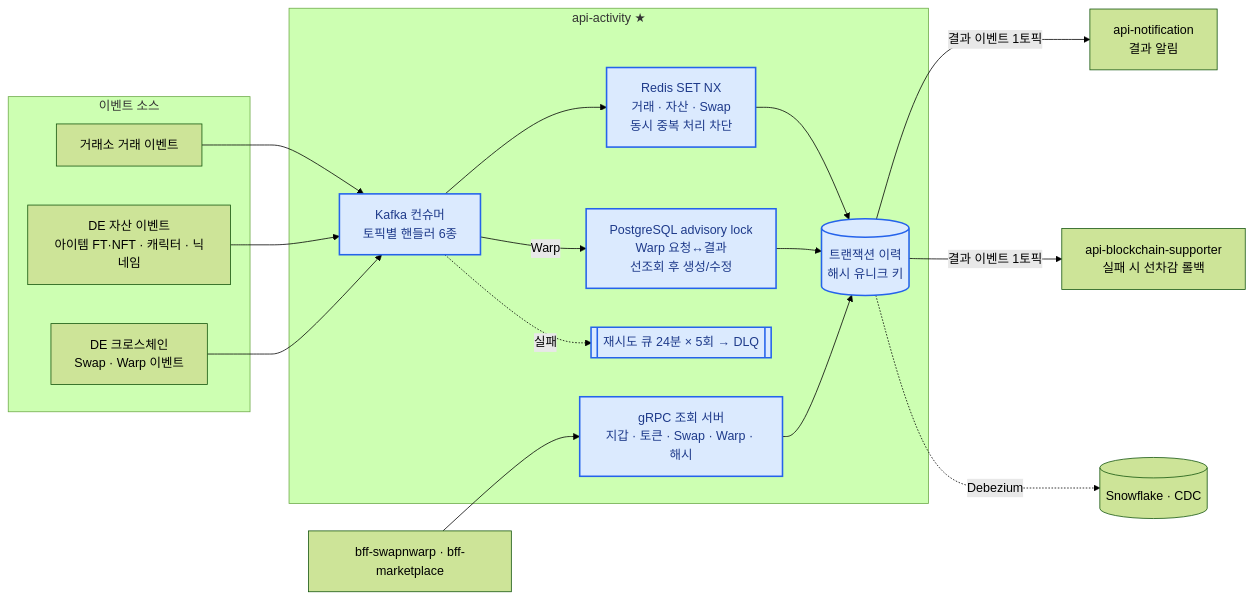
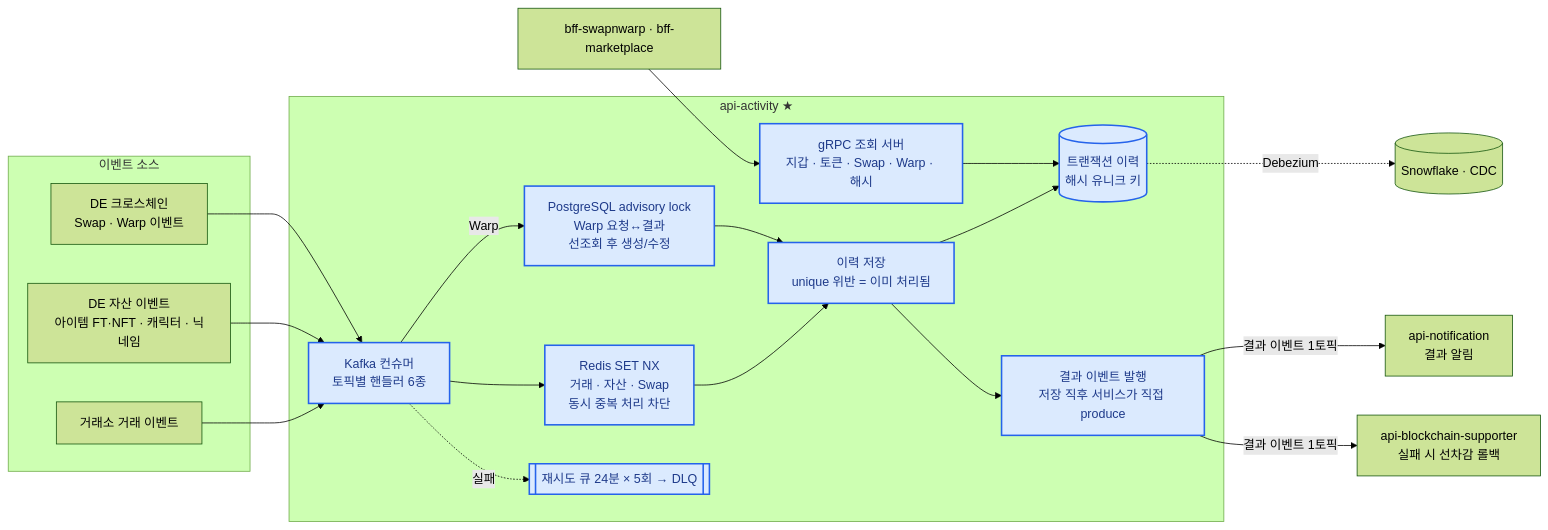
One commit to shalwxy/career changed the diagram in content/diagrams/activity.mmd. Above: the diagram before and after it, drawn with Mermaid (forest theme). The commit also changed 4 other files, not shown here.

```diff
--- a/content/diagrams/activity.mmd
+++ b/content/diagrams/activity.mmd
@@ -1,30 +1,34 @@
 %% title: api-activity — 트랜잭션 이력 적재·조회·알림
 %% title_en: api-activity — transaction ledger ingest · query · notify
 flowchart LR
     subgraph IN[이벤트 소스]
         MK[거래소 거래 이벤트]
         DE1[DE 자산 이벤트<br/>아이템 FT·NFT · 캐릭터 · 닉네임]
         DE2[DE 크로스체인<br/>Swap · Warp 이벤트]
     end
     subgraph ACT[api-activity ★]
         C[Kafka 컨슈머<br/>토픽별 핸들러 6종]
         DD[Redis SET NX<br/>거래 · 자산 · Swap<br/>동시 중복 처리 차단]
         LK[PostgreSQL advisory lock<br/>Warp 요청↔결과<br/>선조회 후 생성/수정]
+        W[이력 저장<br/>unique 위반 = 이미 처리됨]
         DB[(트랜잭션 이력<br/>해시 유니크 키)]
+        PUB[결과 이벤트 발행<br/>저장 직후 서비스가 직접 produce]
         Q[gRPC 조회 서버<br/>지갑 · 토큰 · Swap · Warp · 해시]
         RT[[재시도 큐 24분 × 5회 → DLQ]]
     end
     N[api-notification<br/>결과 알림]
     BCS[api-blockchain-supporter<br/>실패 시 선차감 롤백]
     B[bff-swapnwarp · bff-marketplace]
     SF[(Snowflake · CDC)]
     MK & DE1 --> C
     DE2 --> C
-    C --> DD --> DB
-    C -- Warp --> LK --> DB
+    C --> DD --> W
+    C -- Warp --> LK --> W
+    W --> DB
+    W --> PUB
     C -. 실패 .-> RT
-    DB -- 결과 이벤트 1토픽 --> N & BCS
+    PUB -- 결과 이벤트 1토픽 --> N & BCS
     DB -. Debezium .-> SF
     B --> Q --> DB
     classDef mine fill:#dbeafe,stroke:#2563eb,stroke-width:2px,color:#1e3a8a
-    class C,DD,LK,DB,Q,RT mine
+    class C,DD,LK,W,DB,PUB,Q,RT mine
```
